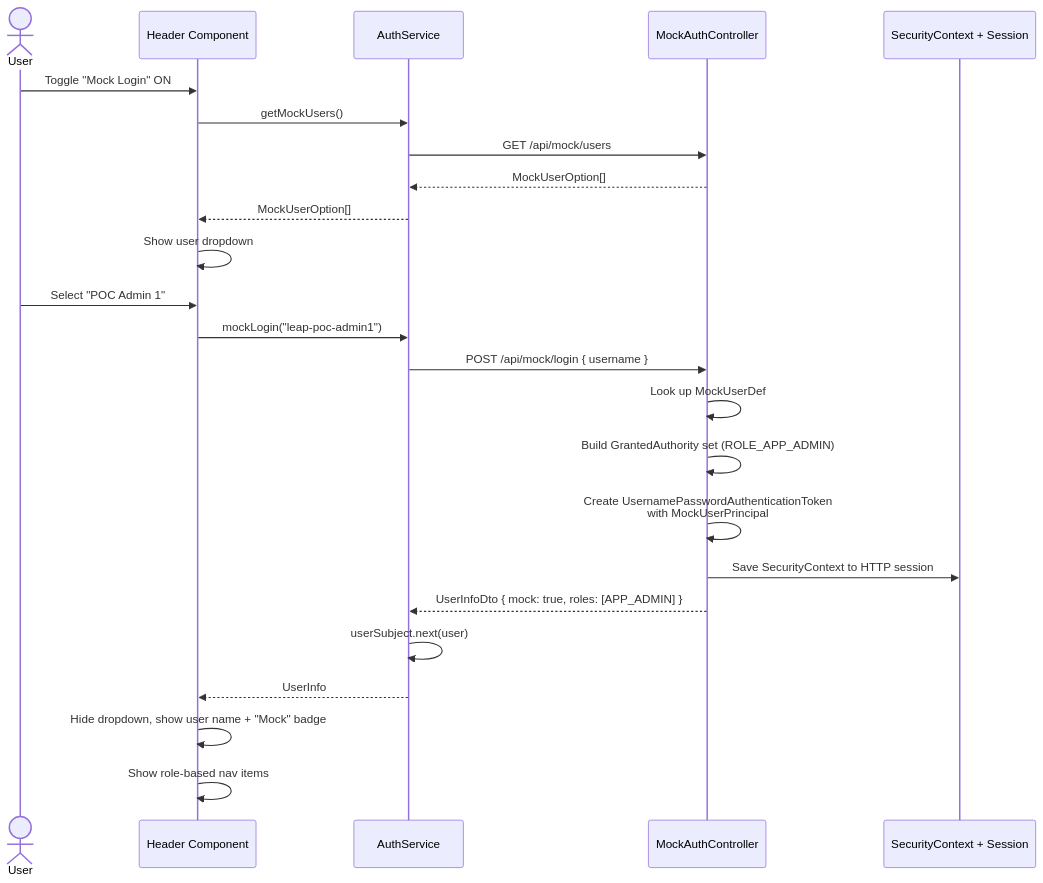
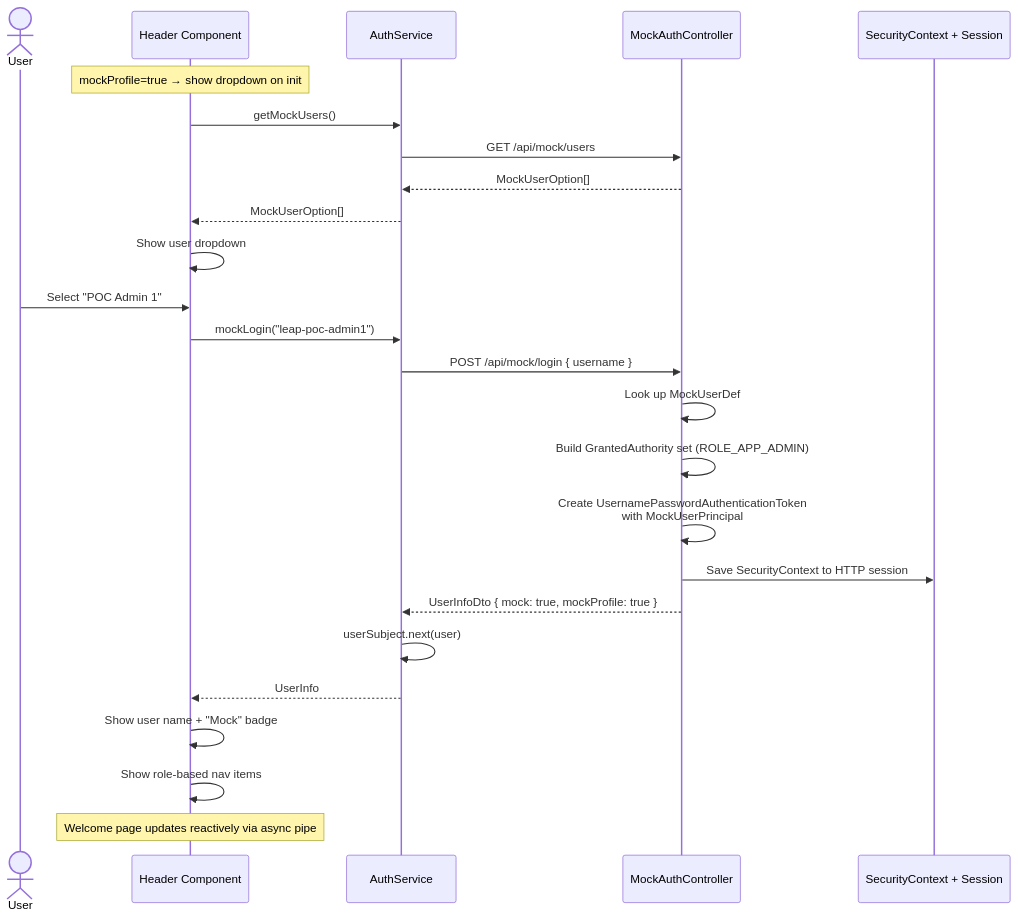
The first of 4 diagrams in docs/mock-authentication.md (FredX123/leap-poc), drawn with Mermaid before and after one commit. The commit also changed other lines of this file and 14 other files, not shown here.

Commit message:
Implementated the solution of Spring profile-based mock authentication / authorization. Do not use for now. Decide later.

````diff
--- a/docs/mock-authentication.md
+++ b/docs/mock-authentication.md
@@ -108,28 +189,29 @@
 ```mermaid
 sequenceDiagram
     actor User
     participant Header as Header Component
     participant AuthSvc as AuthService
     participant Backend as MockAuthController
     participant Security as SecurityContext + Session
 
-    User->>Header: Toggle "Mock Login" ON
+    Note over Header: mockProfile=true → show dropdown on init
     Header->>AuthSvc: getMockUsers()
     AuthSvc->>Backend: GET /api/mock/users
     Backend-->>AuthSvc: MockUserOption[]
     AuthSvc-->>Header: MockUserOption[]
     Header->>Header: Show user dropdown
 
     User->>Header: Select "POC Admin 1"
     Header->>AuthSvc: mockLogin("leap-poc-admin1")
     AuthSvc->>Backend: POST /api/mock/login { username }
     Backend->>Backend: Look up MockUserDef
     Backend->>Backend: Build GrantedAuthority set (ROLE_APP_ADMIN)
     Backend->>Backend: Create UsernamePasswordAuthenticationToken<br/>with MockUserPrincipal
     Backend->>Security: Save SecurityContext to HTTP session
-    Backend-->>AuthSvc: UserInfoDto { mock: true, roles: [APP_ADMIN] }
+    Backend-->>AuthSvc: UserInfoDto { mock: true, mockProfile: true }
     AuthSvc->>AuthSvc: userSubject.next(user)
     AuthSvc-->>Header: UserInfo
-    Header->>Header: Hide dropdown, show user name + "Mock" badge
+    Header->>Header: Show user name + "Mock" badge
     Header->>Header: Show role-based nav items
+    Note over Header: Welcome page updates reactively via async pipe
 ```
````
